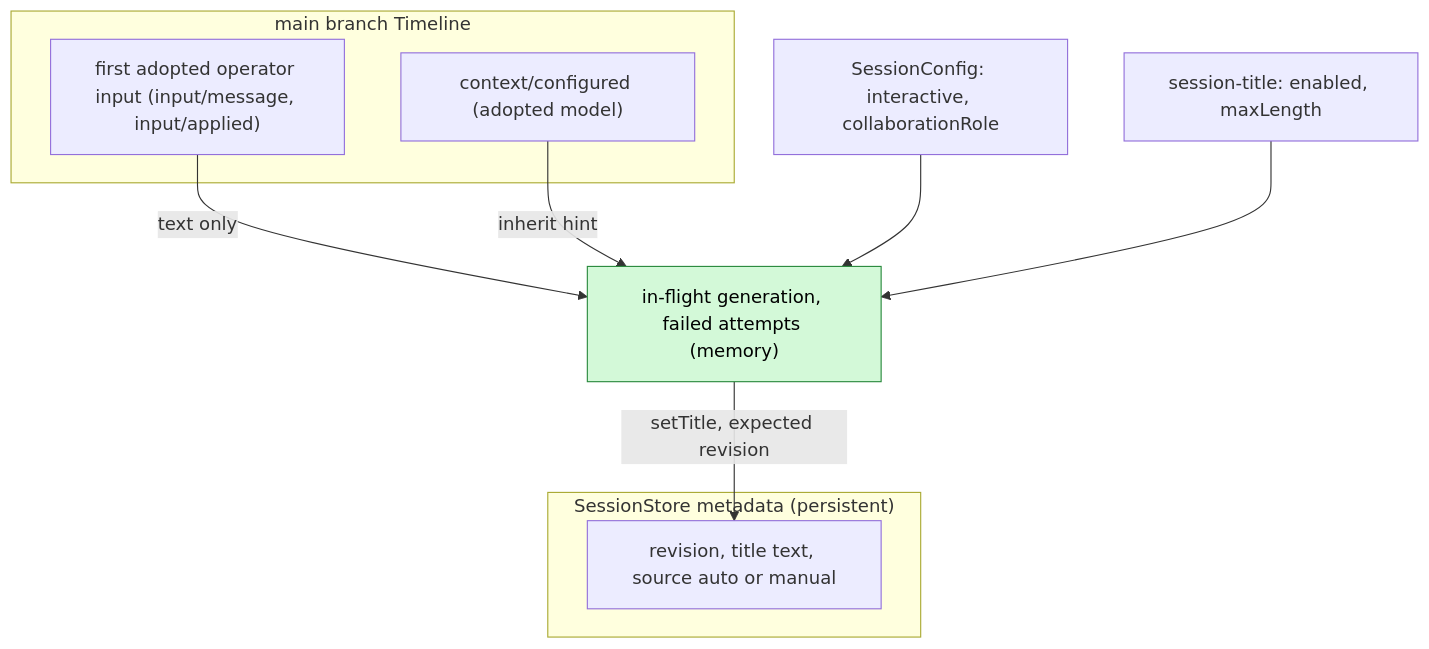
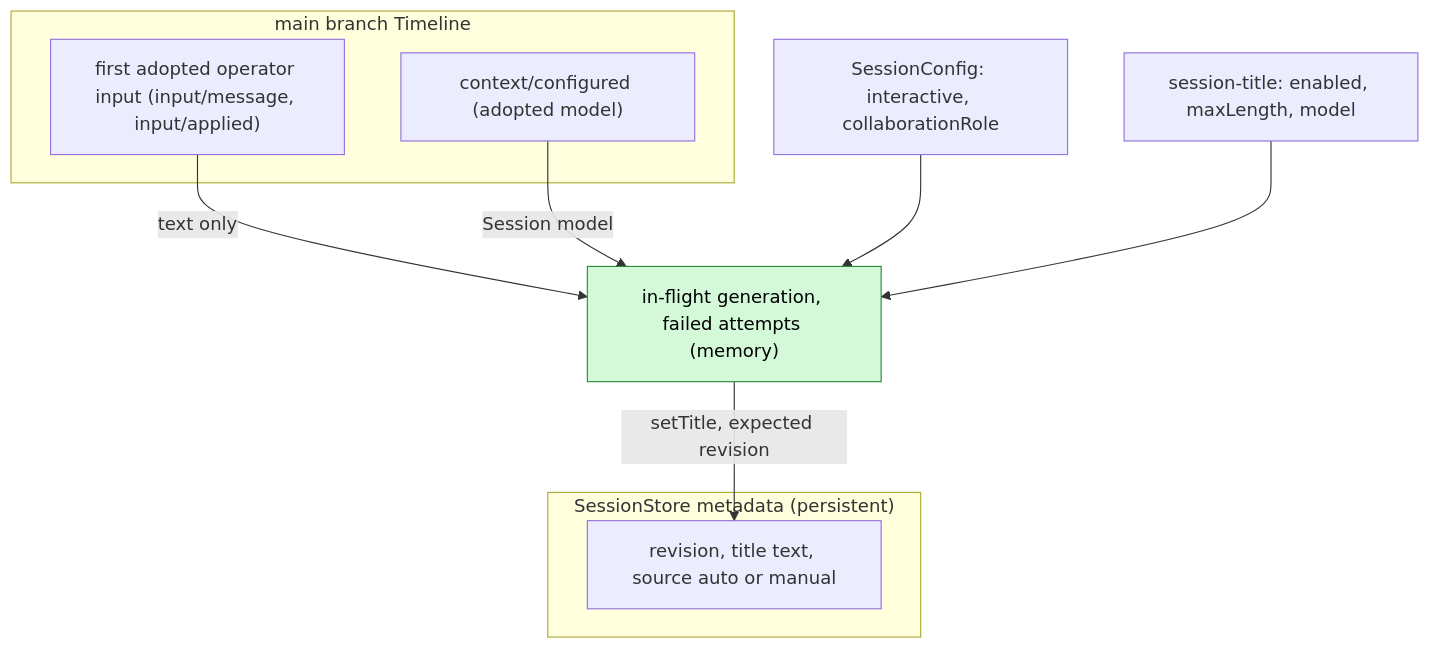
The second of 5 diagrams in docs/design/plugins/SessionTitle.md (CoutinhoTTS/dim-agent), drawn with Mermaid before and after one commit. The commit also changed other lines of this file and 14 other files, not shown here.

````diff
--- a/docs/design/plugins/SessionTitle.md
+++ b/docs/design/plugins/SessionTitle.md
@@ -43,19 +43,19 @@
 ```mermaid
 flowchart TB
   subgraph TLM["main branch Timeline"]
     FUI["first adopted operator input (input/message, input/applied)"]
     CC["context/configured (adopted model)"]
   end
   subgraph STORE["SessionStore metadata (persistent)"]
     MD["revision, title text, source auto or manual"]
   end
   CONF["SessionConfig: interactive, collaborationRole"]
-  CFG["session-title: enabled, maxLength"]
+  CFG["session-title: enabled, maxLength, model"]
   MEM["in-flight generation, failed attempts (memory)"]:::new
   FUI -->|"text only"| MEM
-  CC -->|"inherit hint"| MEM
+  CC -->|"Session model"| MEM
   CONF --> MEM
   CFG --> MEM
   MEM -->|"setTitle, expected revision"| MD
   classDef new fill:#d3f9d8,stroke:#2b8a3e,color:#000
 ```
````
